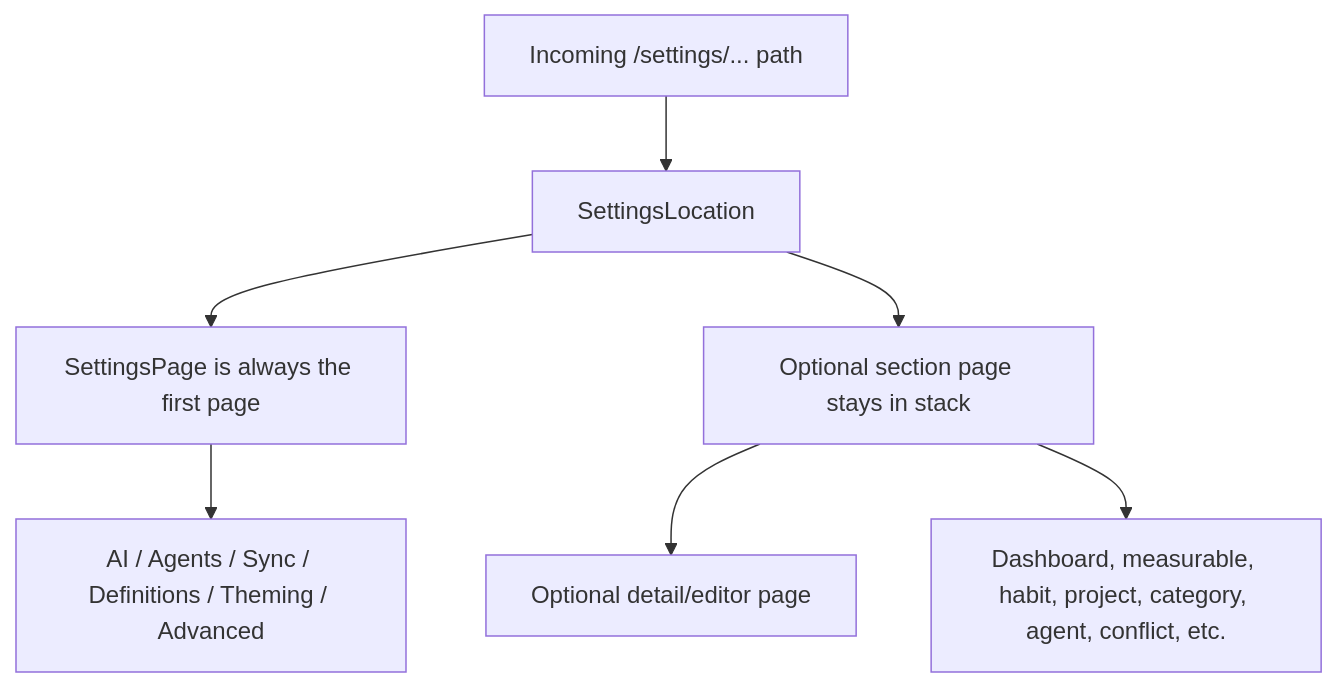
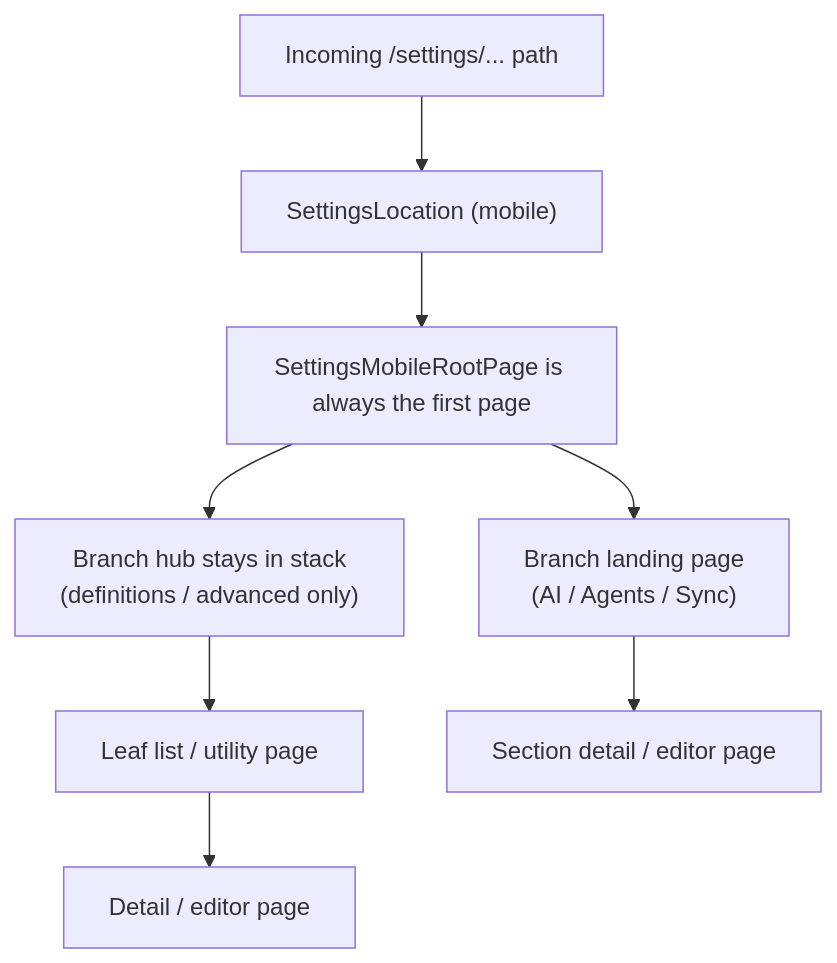
Before and after one commit to matthiasn/lotti: the third of 6 diagrams in lib/features/settings/README.md, drawn with Mermaid. The commit also changed other lines of this file and 9 other files, not shown here.

First line of the commit message:
feat(settings): restore mobile Health Import entry; docs + changelog

````diff
--- a/lib/features/settings/README.md
+++ b/lib/features/settings/README.md
@@ -129,10 +165,10 @@
 ```mermaid
 flowchart TD
-  Route["Incoming /settings/... path"] --> Location["SettingsLocation"]
-  Location --> Base["SettingsPage is always the first page"]
-  Location --> Section["Optional section page stays in stack"]
-  Section --> Leaf["Optional detail/editor page"]
-
-  Base --> AI["AI / Agents / Sync / Definitions / Theming / Advanced"]
-  Section --> Editor["Dashboard, measurable, habit, project, category, agent, conflict, etc."]
+  Route["Incoming /settings/... path"] --> Location["SettingsLocation (mobile)"]
+  Location --> Base["SettingsMobileRootPage is always the first page"]
+  Base --> BranchHub["Branch hub stays in stack<br/>(definitions / advanced only)"]
+  Base --> DirectLanding["Branch landing page<br/>(AI / Agents / Sync)"]
+  BranchHub --> Leaf["Leaf list / utility page"]
+  DirectLanding --> SubLeaf["Section detail / editor page"]
+  Leaf --> Editor["Detail / editor page"]
 ```
````
